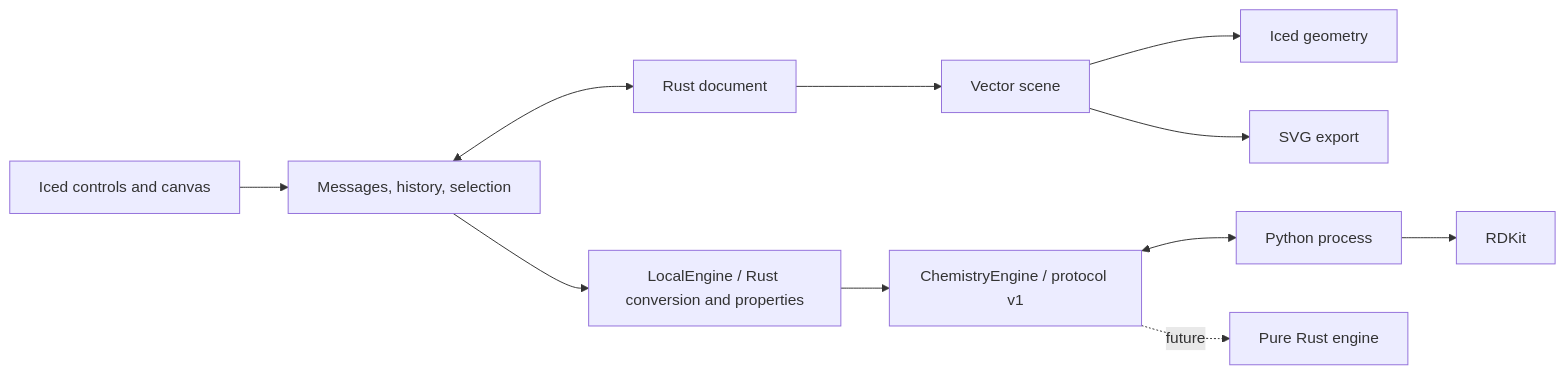
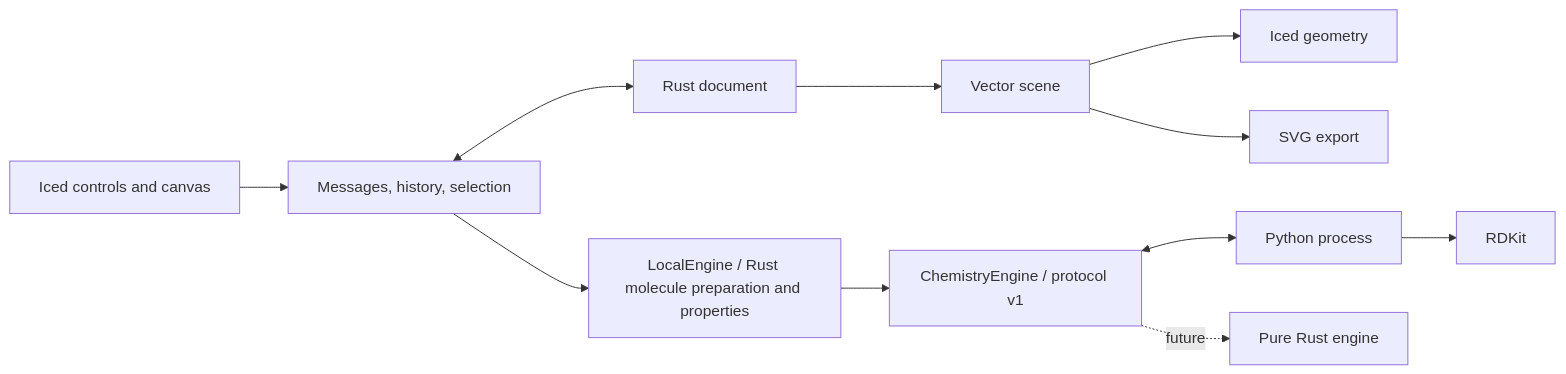
One commit to Ameyanagi/ReShiki changed the diagram in docs/architecture.md. Above: the diagram before and after it, drawn with Mermaid. The commit also changed other lines of this file and 12 other files, not shown here.

````diff
--- a/docs/architecture.md
+++ b/docs/architecture.md
@@ -5,13 +5,13 @@
 ```mermaid
 flowchart LR
     UI[Iced controls and canvas] --> App[Messages, history, selection]
     App <--> Doc[Rust document]
     Doc --> Scene[Vector scene]
     Scene --> Canvas[Iced geometry]
     Scene --> SVG[SVG export]
-    App --> Local[LocalEngine / Rust conversion and properties]
+    App --> Local[LocalEngine / Rust molecule preparation and properties]
     Local --> Contract[ChemistryEngine / protocol v1]
     Contract <--> Worker[Python process]
     Worker --> RDKit[RDKit]
     Contract -. future .-> Rust[Pure Rust engine]
 ```
````
